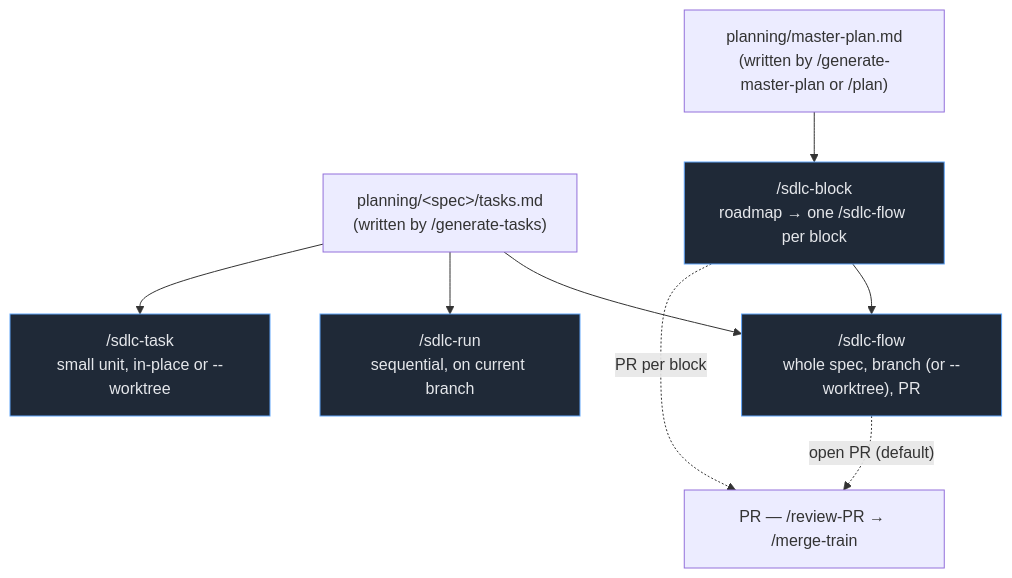
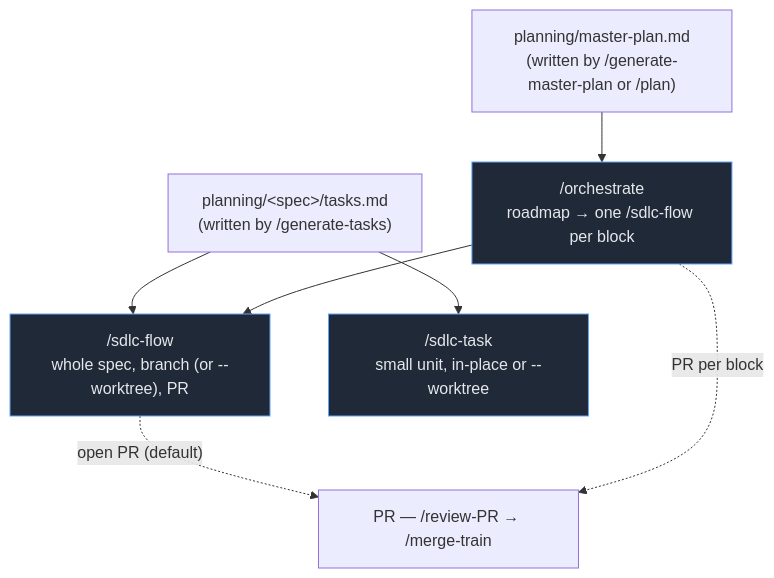
The diagram in docs/workflows/index.md (bredmond1019/agentic-base-template), drawn with Mermaid before and after one commit. The commit also changed other lines of this file and 6 other files, not shown here.

Commit message:
docs: retire /sdlc-block and /sdlc-run from the live documentation surface

````diff
--- a/docs/workflows/index.md
+++ b/docs/workflows/index.md
@@ -48,18 +49,17 @@
 ```mermaid
 flowchart TD
     plan["planning/&lt;spec&gt;/tasks.md<br/>(written by /generate-tasks)"]
     roadmap["planning/master-plan.md<br/>(written by /generate-master-plan or /plan)"]
 
     plan --> flow["/sdlc-flow<br/>whole spec, branch (or --worktree), PR"]
-    plan --> run["/sdlc-run<br/>sequential, on current branch"]
     plan --> task["/sdlc-task<br/>small unit, in-place or --worktree"]
 
-    roadmap --> block["/sdlc-block<br/>roadmap → one /sdlc-flow per block"]
-    block --> flow
+    roadmap --> orch["/orchestrate<br/>roadmap → one /sdlc-flow per block"]
+    orch --> flow
 
     flow -. "open PR (default)" .-> pr["PR — /review-PR → /merge-train"]
-    block -. "PR per block" .-> pr
+    orch -. "PR per block" .-> pr
 
     classDef engine fill:#1f2937,stroke:#60a5fa,color:#e5e7eb;
-    class flow,run,task,block engine;
+    class flow,task,orch engine;
 ```
````
